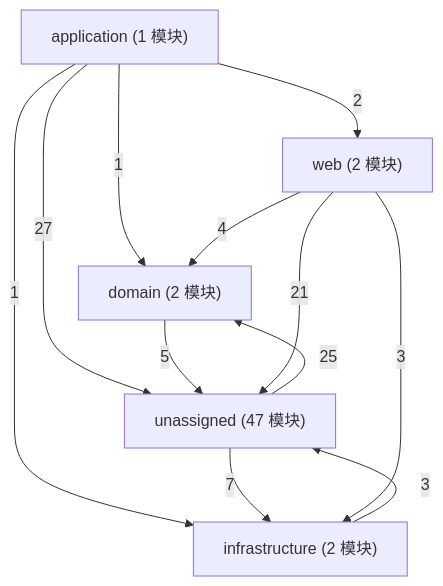
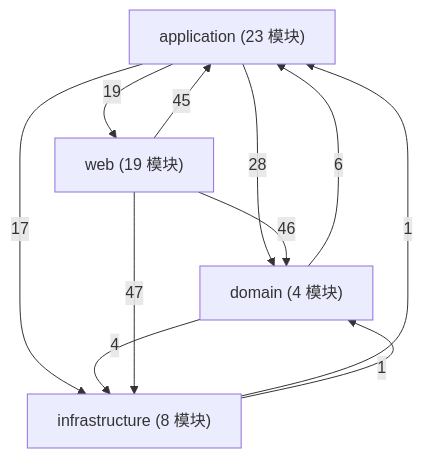
The diagram in docs/model/graph-layers.md (liceses/ds-demos-showcase), drawn with Mermaid before and after one commit. The commit also changed other lines of this file and 5 other files, not shown here.

````diff
--- a/docs/model/graph-layers.md
+++ b/docs/model/graph-layers.md
@@ -5,19 +5,17 @@
 ```mermaid
 flowchart TD
-    application["application (1 模块)"]
-    domain["domain (2 模块)"]
-    infrastructure["infrastructure (2 模块)"]
-    unassigned["unassigned (47 模块)"]
-    web["web (2 模块)"]
-    application -->|"1"| domain
-    application -->|"1"| infrastructure
-    application -->|"27"| unassigned
-    application -->|"2"| web
-    domain -->|"5"| unassigned
-    infrastructure -->|"3"| unassigned
-    unassigned -->|"25"| domain
-    unassigned -->|"7"| infrastructure
-    web -->|"4"| domain
-    web -->|"3"| infrastructure
-    web -->|"21"| unassigned
+    application["application (23 模块)"]
+    domain["domain (4 模块)"]
+    infrastructure["infrastructure (8 模块)"]
+    web["web (19 模块)"]
+    application -->|"28"| domain
+    application -->|"17"| infrastructure
+    application -->|"19"| web
+    domain -->|"6"| application
+    domain -->|"4"| infrastructure
+    infrastructure -->|"1"| application
+    infrastructure -->|"1"| domain
+    web -->|"45"| application
+    web -->|"46"| domain
+    web -->|"47"| infrastructure
 ```
````
